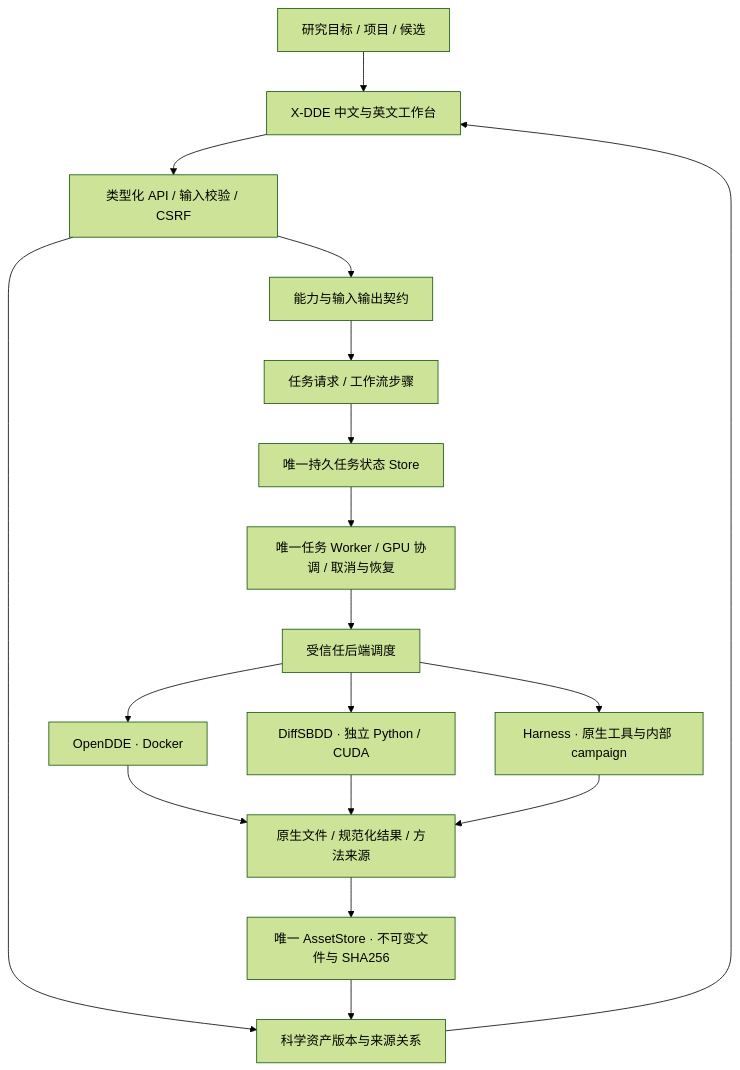
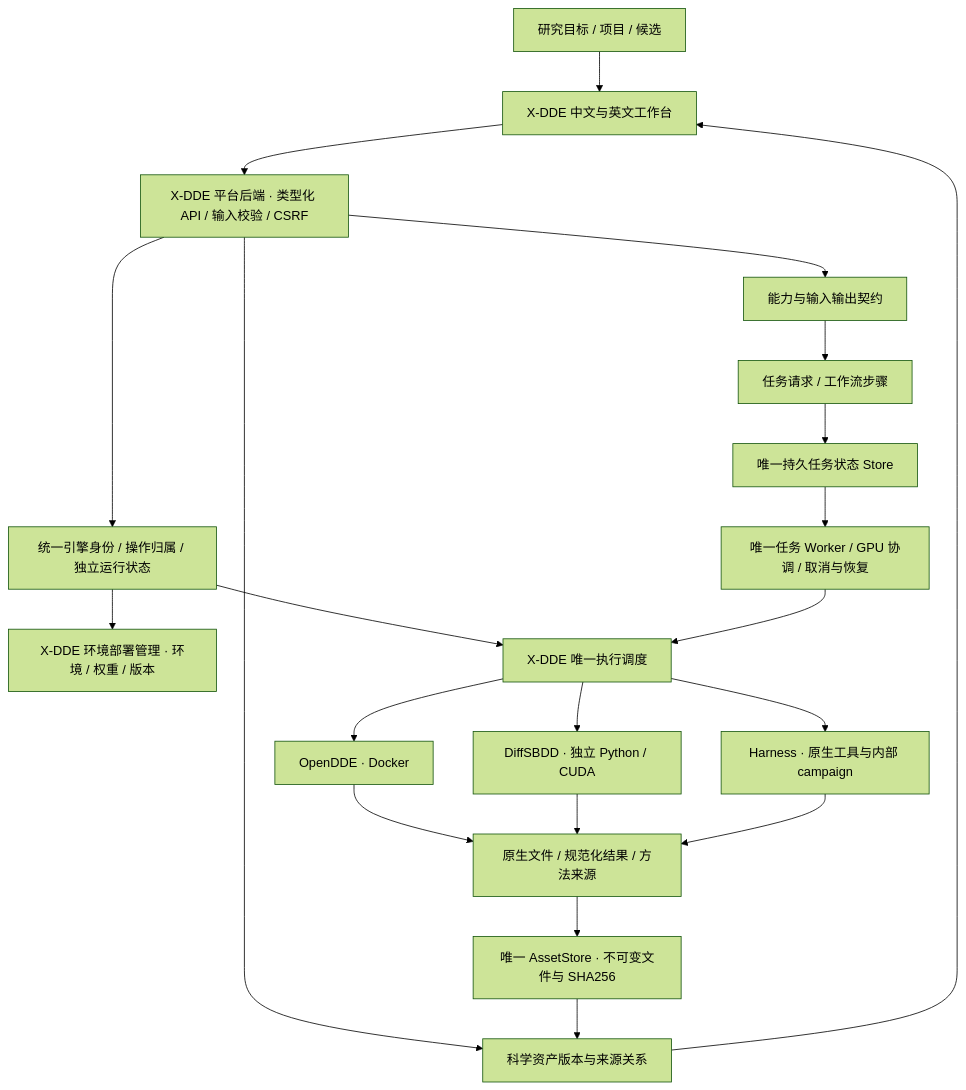
Before and after one commit to Victor-Xu-1/X-DDE: the first of 2 diagrams in docs/design/README.md, drawn with Mermaid (forest theme). The commit also changed other lines of this file and 30 other files, not shown here.

````diff
--- a/docs/design/README.md
+++ b/docs/design/README.md
@@ -81,20 +81,23 @@
 ```mermaid
 flowchart TB
   User[研究目标 / 项目 / 候选] --> UI[X-DDE 中文与英文工作台]
-  UI --> API[类型化 API / 输入校验 / CSRF]
+  UI --> API[X-DDE 平台后端 · 类型化 API / 输入校验 / CSRF]
+  API --> Registry[统一引擎身份 / 操作归属 / 独立运行状态]
+  Registry --> Deployment[X-DDE 环境部署管理 · 环境 / 权重 / 版本]
   API --> Objects[科学资产版本与来源关系]
   API --> Capabilities[能力与输入输出契约]
   Capabilities --> Tasks[任务请求 / 工作流步骤]
   Tasks --> Store[唯一持久任务状态 Store]
   Store --> Worker[唯一任务 Worker / GPU 协调 / 取消与恢复]
-  Worker --> Router[受信任后端调度]
+  Registry --> Router
+  Worker --> Router[X-DDE 唯一执行调度]
   Router --> DDE[OpenDDE · Docker]
   Router --> Diff[DiffSBDD · 独立 Python / CUDA]
   Router --> Harness[Harness · 原生工具与内部 campaign]
   DDE --> Outputs[原生文件 / 规范化结果 / 方法来源]
   Diff --> Outputs
   Harness --> Outputs
   Outputs --> Assets[唯一 AssetStore · 不可变文件与 SHA256]
   Assets --> Objects
   Objects --> UI
 ```
````
